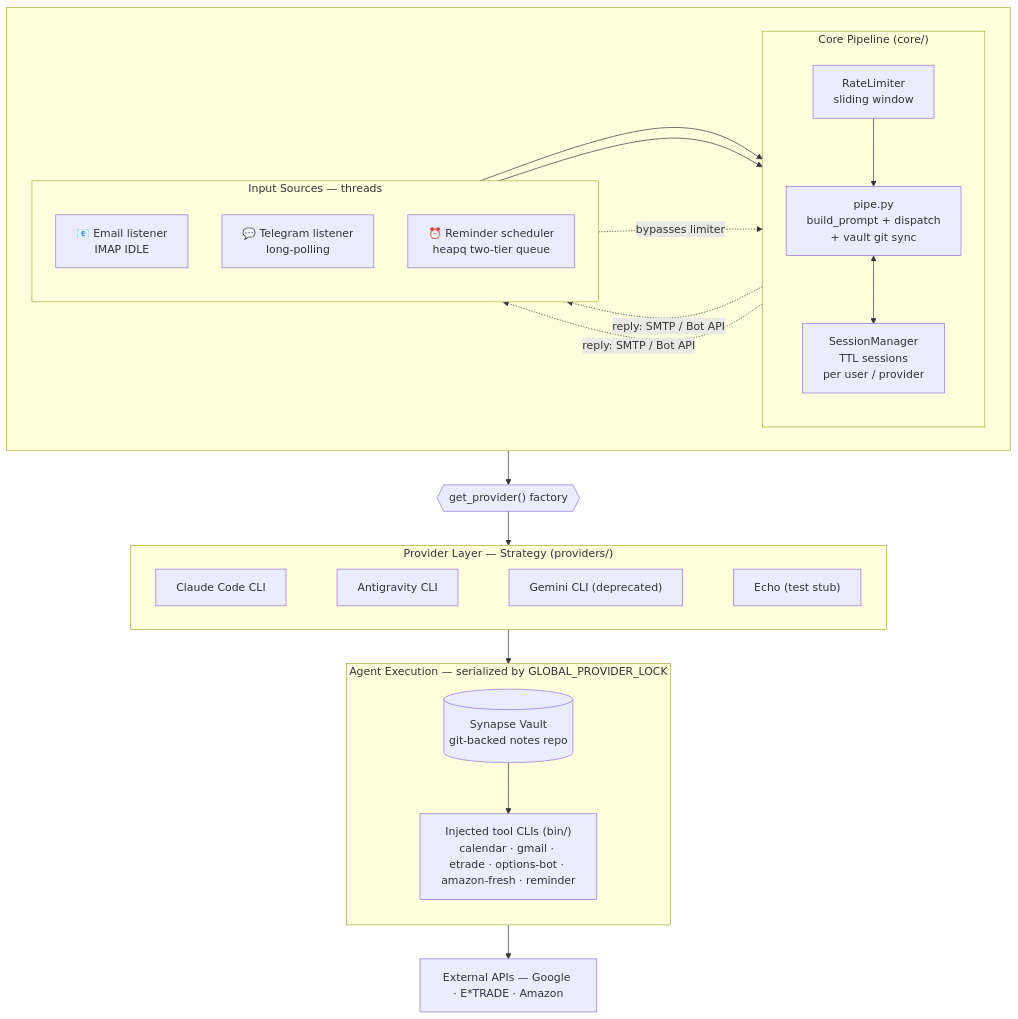
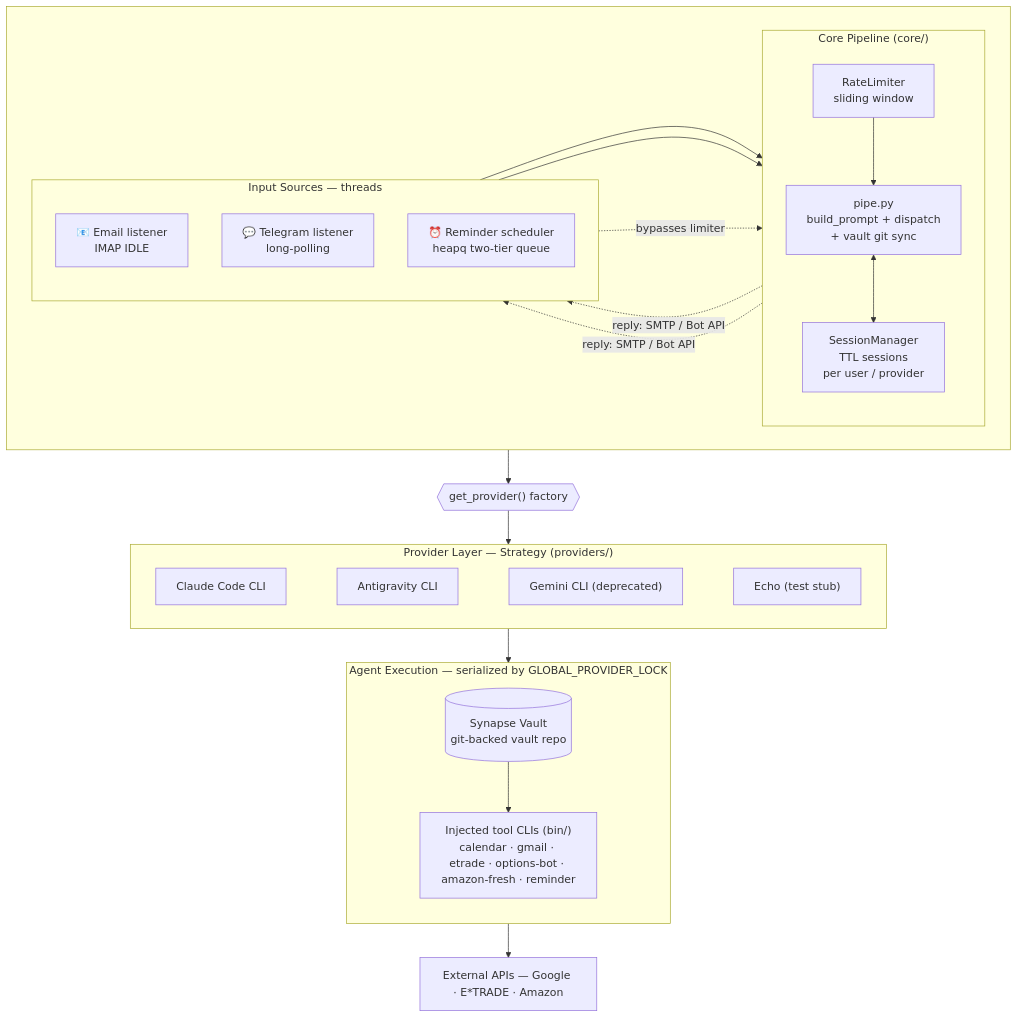
The diagram in README.md (kristianolsson/synapse-engine), drawn with Mermaid before and after one commit. The commit also changed other lines of this file and 17 other files, not shown here.

````diff
--- a/README.md
+++ b/README.md
@@ -28,49 +28,49 @@
 ```mermaid
 flowchart TB
     subgraph top[" "]
         direction LR
         subgraph core["Core Pipeline (core/)"]
             direction TB
             RL["RateLimiter<br/>sliding window"]
             PIPE["pipe.py<br/>build_prompt + dispatch<br/>+ vault git sync"]
             SM["SessionManager<br/>TTL sessions<br/>per user / provider"]
             RL --> PIPE
             PIPE <--> SM
         end
         subgraph inputs["Input Sources — threads"]
             direction TB
             EM["📧 Email listener<br/>IMAP IDLE"]
             TG["💬 Telegram listener<br/>long-polling"]
             SC["⏰ Reminder scheduler<br/>heapq two-tier queue"]
         end
     end
 
     FACT{{"get_provider() factory"}}
 
     subgraph prov["Provider Layer — Strategy (providers/)"]
         direction LR
         CLA["Claude Code CLI"]
         AGY["Antigravity CLI"]
         GEM["Gemini CLI (deprecated)"]
         ECHO["Echo (test stub)"]
         CLA ~~~ AGY ~~~ GEM ~~~ ECHO
     end
 
     subgraph exec["Agent Execution — serialized by GLOBAL_PROVIDER_LOCK"]
         direction TB
-        VAULT[("Synapse Vault<br/>git-backed notes repo")]
+        VAULT[("Synapse Vault<br/>git-backed vault repo")]
         TOOLS["Injected tool CLIs (bin/)<br/>calendar · gmail · etrade · options-bot · amazon-fresh · reminder"]
         VAULT --> TOOLS
     end
 
     EXT["External APIs — Google · E*TRADE · Amazon"]
 
     EM --> RL
     TG --> RL
     SC -. "bypasses limiter" .-> PIPE
     core --> FACT
     FACT --> prov
     prov --> exec
     TOOLS --> EXT
     PIPE -. "reply: SMTP / Bot API" .-> EM & TG
 ```
````
